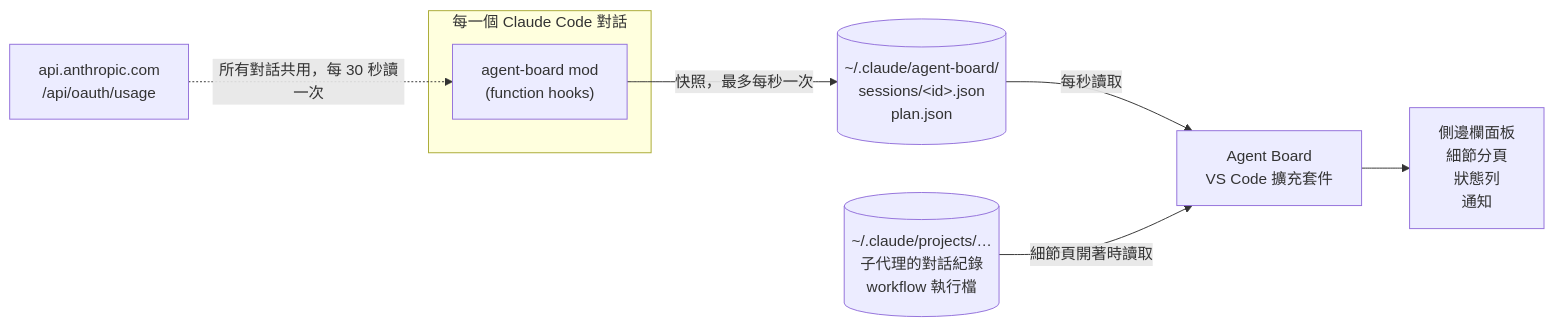
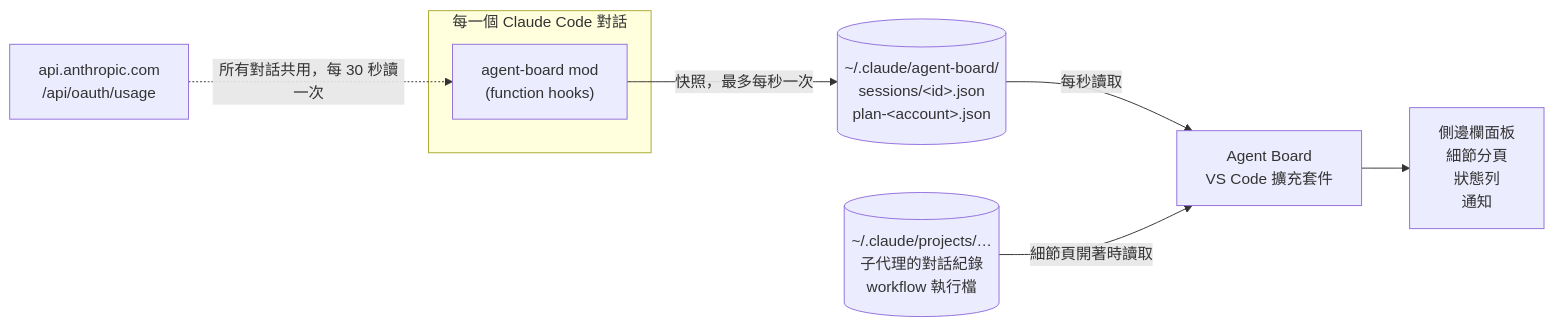
Before and after one commit to JeremyHo1123/claude-code-agent-board: the diagram in README.zh-TW.md, drawn with Mermaid. The commit also changed other lines of this file and 15 other files, not shown here.

First line of the commit message:
Agent Board 0.6.0: keep two accounts' usage apart

````diff
--- a/README.zh-TW.md
+++ b/README.zh-TW.md
@@ -72,17 +72,17 @@
 ```mermaid
 flowchart LR
     subgraph session["每一個 Claude Code 對話"]
         mod["agent-board mod<br/>(function hooks)"]
     end
     api["api.anthropic.com<br/>/api/oauth/usage"]
-    board[("~/.claude/agent-board/<br/>sessions/&lt;id&gt;.json<br/>plan.json")]
+    board[("~/.claude/agent-board/<br/>sessions/&lt;id&gt;.json<br/>plan-&lt;account&gt;.json")]
     transcripts[("~/.claude/projects/…<br/>子代理的對話紀錄<br/>workflow 執行檔")]
     ext["Agent Board<br/>VS Code 擴充套件"]
     ui["側邊欄面板<br/>細節分頁<br/>狀態列<br/>通知"]
 
     mod -- "快照，最多每秒一次" --> board
     api -. "所有對話共用，每 30 秒讀一次" .-> mod
     board -- "每秒讀取" --> ext
     transcripts -- "細節頁開著時讀取" --> ext
     ext --> ui
 ```
````
